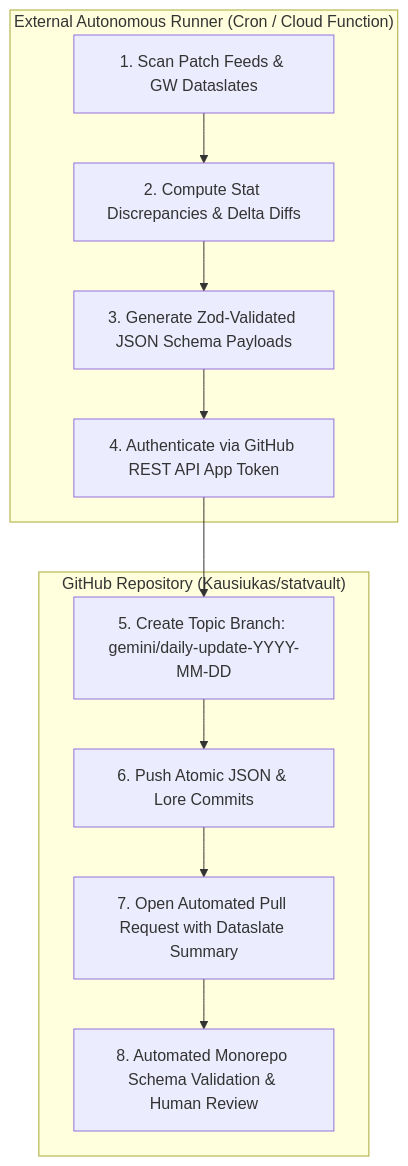
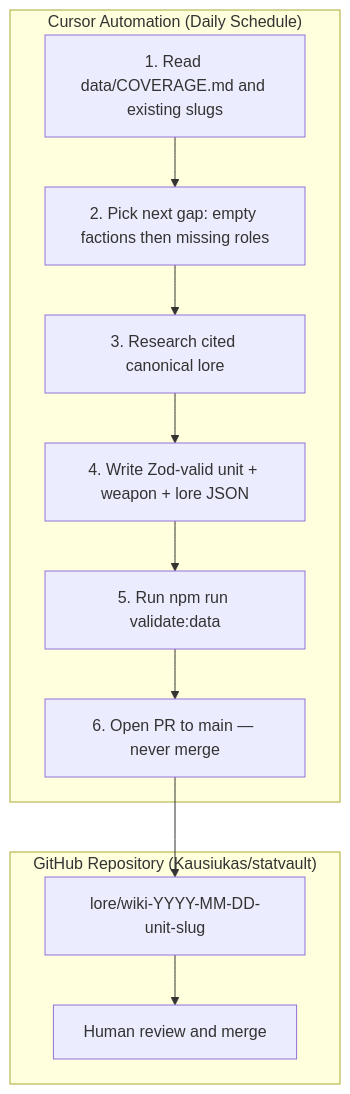
Before and after one commit to Kausiukas/statvault: the diagram in CONTRIBUTING.md, drawn with Mermaid. The commit also changed other lines of this file and 19 other files, not shown here.

Commit message:
feat(wiki): add autonomous daily wiki corpus builder and GitHub Actions scheduled workflow

````diff
--- a/CONTRIBUTING.md
+++ b/CONTRIBUTING.md
@@ -31,17 +31,19 @@
 ```mermaid
 flowchart TD
-    subgraph ExternalCron["External Autonomous Runner (Cron / Cloud Function)"]
-        Scan[1. Scan Patch Feeds & GW Dataslates] --> Diff[2. Compute Stat Discrepancies & Delta Diffs]
-        Diff --> Gen[3. Generate Zod-Validated JSON Schema Payloads]
-        Gen --> Auth[4. Authenticate via GitHub REST API App Token]
+    subgraph CursorAutomation["Cursor Automation (Daily Schedule)"]
+        Inventory[1. Read data/COVERAGE.md and existing slugs]
+        Pick[2. Pick next gap: empty factions then missing roles]
+        Research[3. Research cited canonical lore]
+        Write[4. Write Zod-valid unit + weapon + lore JSON]
+        Validate[5. Run npm run validate:data]
+        PR[6. Open PR to main — never merge]
     end
 
     subgraph GitHubRepo["GitHub Repository (Kausiukas/statvault)"]
-        Branch[5. Create Topic Branch: gemini/daily-update-YYYY-MM-DD]
-        Commit[6. Push Atomic JSON & Lore Commits]
-        PR[7. Open Automated Pull Request with Dataslate Summary]
-        Review[8. Automated Monorepo Schema Validation & Human Review]
+        Branch[lore/wiki-YYYY-MM-DD-unit-slug]
+        Review[Human review and merge]
     end
 
-    Auth --> Branch --> Commit --> PR --> Review
+    Inventory --> Pick --> Research --> Write --> Validate --> PR
+    PR --> Branch --> Review
 ```
````
